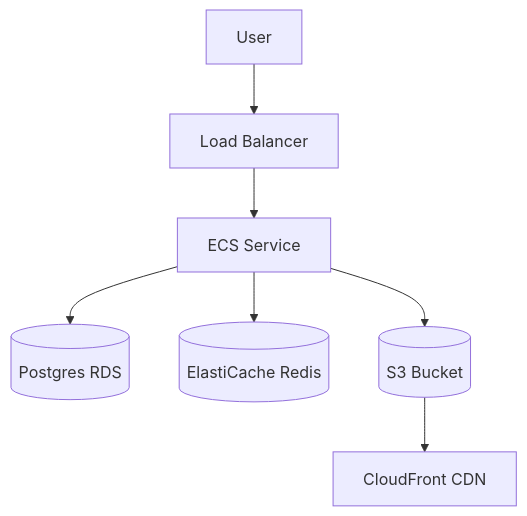
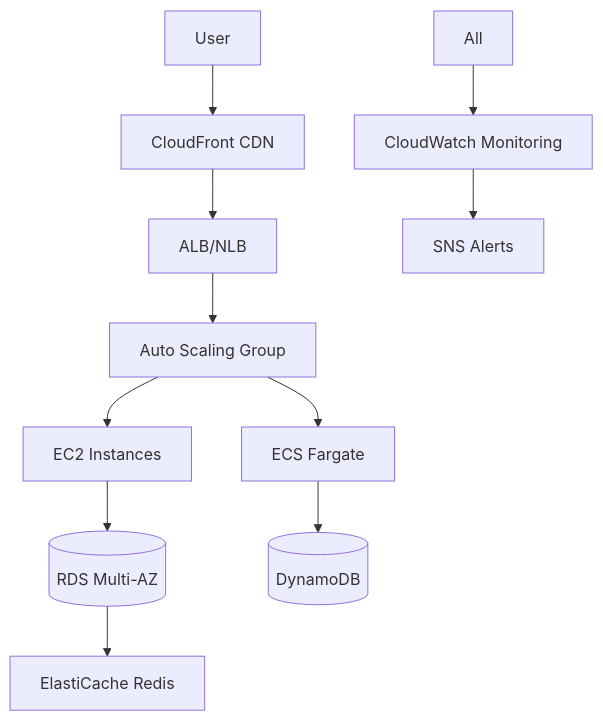
One commit to loftwah/devops-refresher changed the diagram in README.md. Above: the diagram before and after it, drawn with Mermaid. The commit also changed other lines of this file, not shown here.

````diff
--- a/README.md
+++ b/README.md
@@ -125,9 +268,12 @@
 ```mermaid
 graph TD
-  User --> LB[Load Balancer]
-  LB --> ECS[ECS Service]
-  ECS --> RDS[(Postgres RDS)]
-  ECS --> Redis[(ElastiCache Redis)]
-  ECS --> S3[(S3 Bucket)]
-  S3 --> CF[CloudFront CDN]
+  User --> CF[CloudFront CDN]
+  CF --> LB[ALB/NLB]
+  LB --> ASG[Auto Scaling Group]
+  ASG --> EC2[EC2 Instances] & ECS[ECS Fargate]
+  EC2 --> RDS[(RDS Multi-AZ)]
+  ECS --> Dynamo[(DynamoDB)]
+  RDS --> Cache[ElastiCache Redis]
+  All --> CW[CloudWatch Monitoring]
+  CW --> SNS[SNS Alerts]
 ```
````
